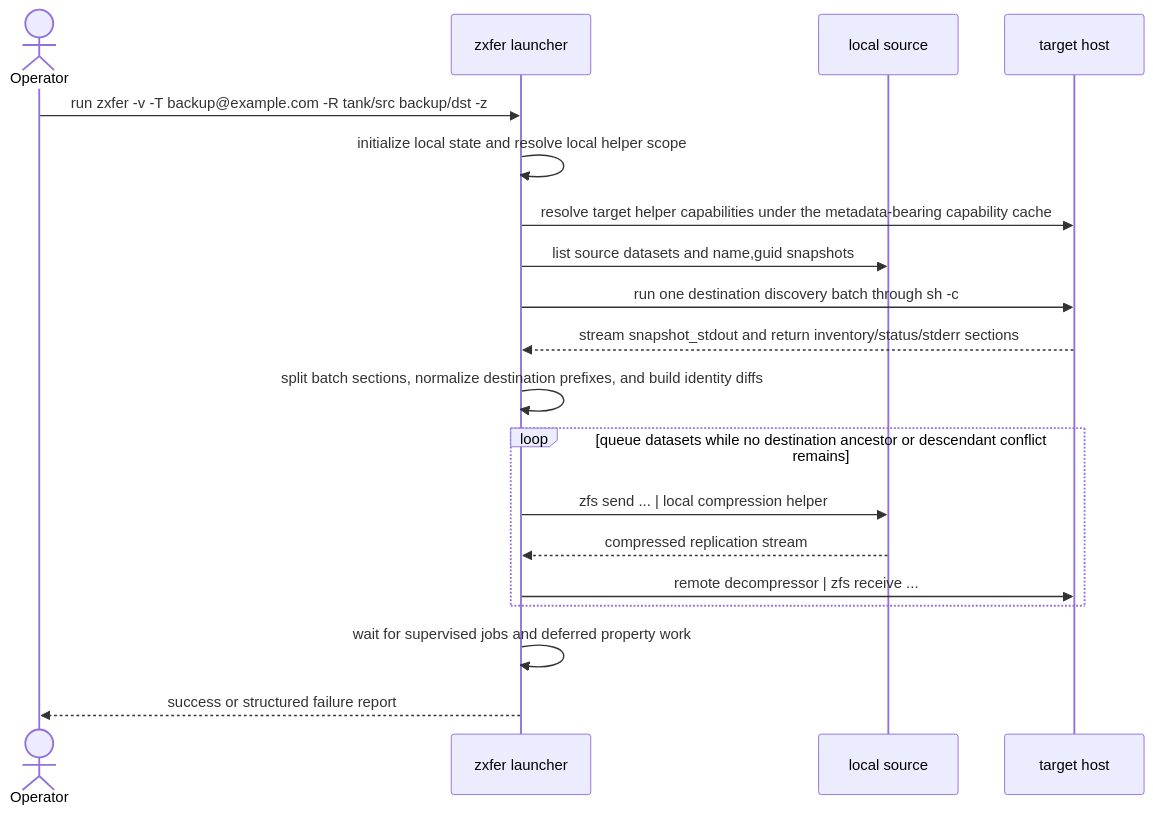
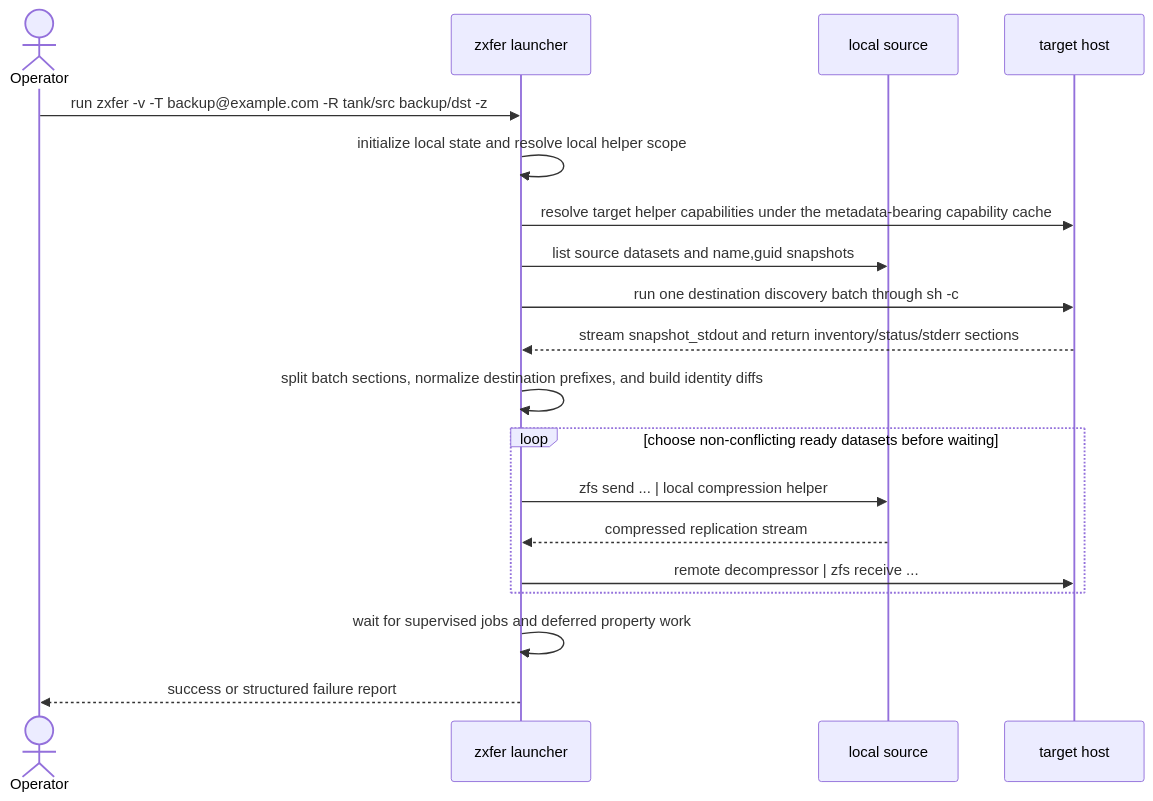
Before and after one commit to totalAldo/zxfer: the sixth of 8 diagrams in docs/architecture.md, drawn with Mermaid. The commit also changed other lines of this file and 14 other files, not shown here.

````diff
--- a/docs/architecture.md
+++ b/docs/architecture.md
@@ -424,22 +425,22 @@
 ```mermaid
 sequenceDiagram
     actor Operator
     participant Launcher as zxfer launcher
     participant Local as local source
     participant Target as target host
 
     Operator->>Launcher: run zxfer -v -T backup@example.com -R tank/src backup/dst -z
     Launcher->>Launcher: initialize local state and resolve local helper scope
     Launcher->>Target: resolve target helper capabilities under the metadata-bearing capability cache
     Launcher->>Local: list source datasets and name,guid snapshots
     Launcher->>Target: run one destination discovery batch through sh -c
     Target-->>Launcher: stream snapshot_stdout and return inventory/status/stderr sections
     Launcher->>Launcher: split batch sections, normalize destination prefixes, and build identity diffs
-    loop queue datasets while no destination ancestor or descendant conflict remains
+    loop choose non-conflicting ready datasets before waiting
         Launcher->>Local: zfs send ... | local compression helper
         Local-->>Launcher: compressed replication stream
         Launcher->>Target: remote decompressor | zfs receive ...
     end
     Launcher->>Launcher: wait for supervised jobs and deferred property work
     Launcher-->>Operator: success or structured failure report
 ```
````
